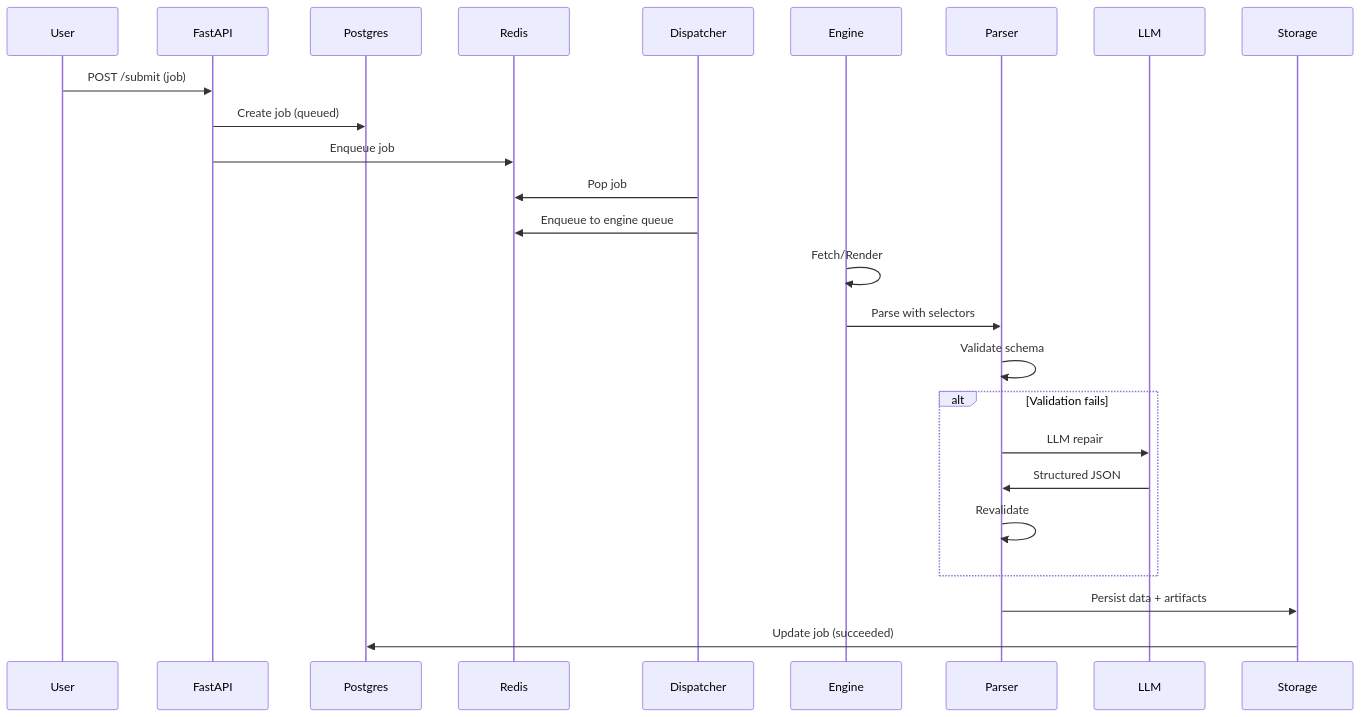
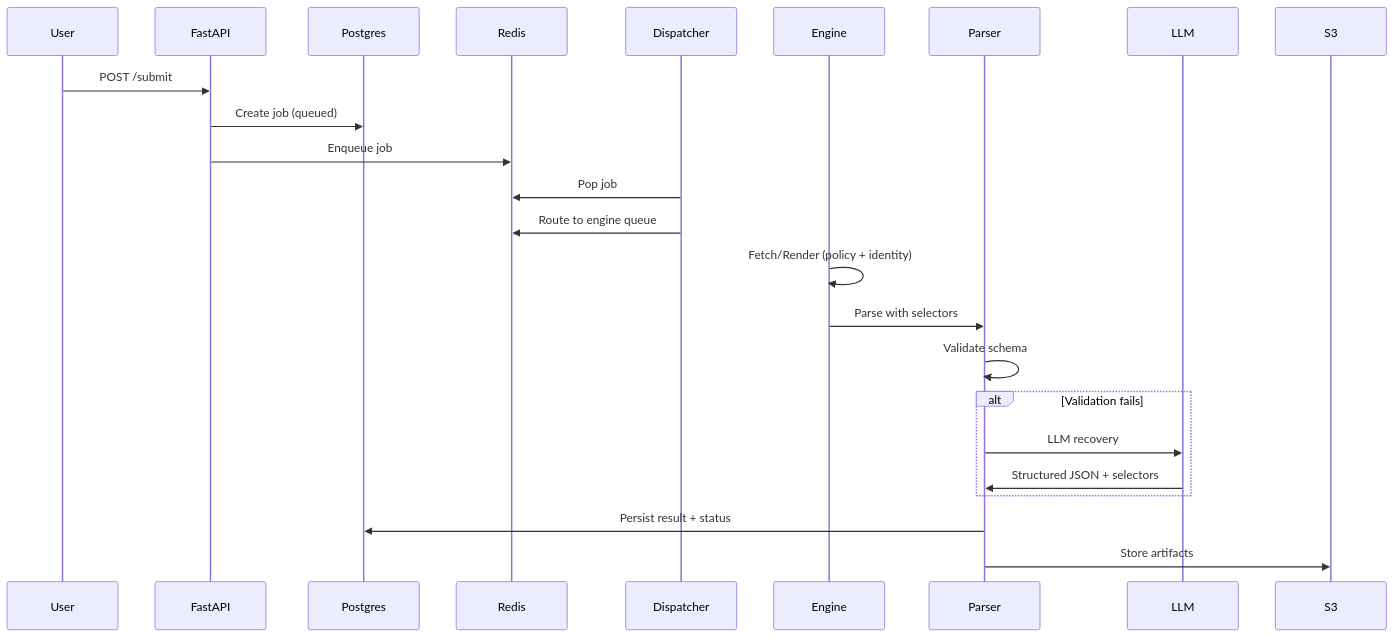
One commit to moalimirinfinity/Proteus-Scraper changed the second of 3 diagrams in docs/ARCHITECTURE.md. Above: the diagram before and after it, drawn with Mermaid. The commit also changed other lines of this file and 5 other files, not shown here.

````diff
--- a/docs/ARCHITECTURE.md
+++ b/docs/ARCHITECTURE.md
@@ -91,28 +81,27 @@
 ```mermaid
 sequenceDiagram
     participant U as User
     participant API as FastAPI
     participant DB as Postgres
     participant R as Redis
     participant D as Dispatcher
     participant E as Engine
     participant P as Parser
     participant L as LLM
-    participant S as Storage
+    participant S as S3
 
-    U->>API: POST /submit (job)
+    U->>API: POST /submit
     API->>DB: Create job (queued)
     API->>R: Enqueue job
     D->>R: Pop job
-    D->>R: Enqueue to engine queue
-    E->>E: Fetch/Render
+    D->>R: Route to engine queue
+    E->>E: Fetch/Render (policy + identity)
     E->>P: Parse with selectors
     P->>P: Validate schema
     alt Validation fails
-        P->>L: LLM repair
-        L->>P: Structured JSON
-        P->>P: Revalidate
+        P->>L: LLM recovery
+        L->>P: Structured JSON + selectors
     end
-    P->>S: Persist data + artifacts
-    S->>DB: Update job (succeeded)
+    P->>DB: Persist result + status
+    P->>S: Store artifacts
 ```
````
